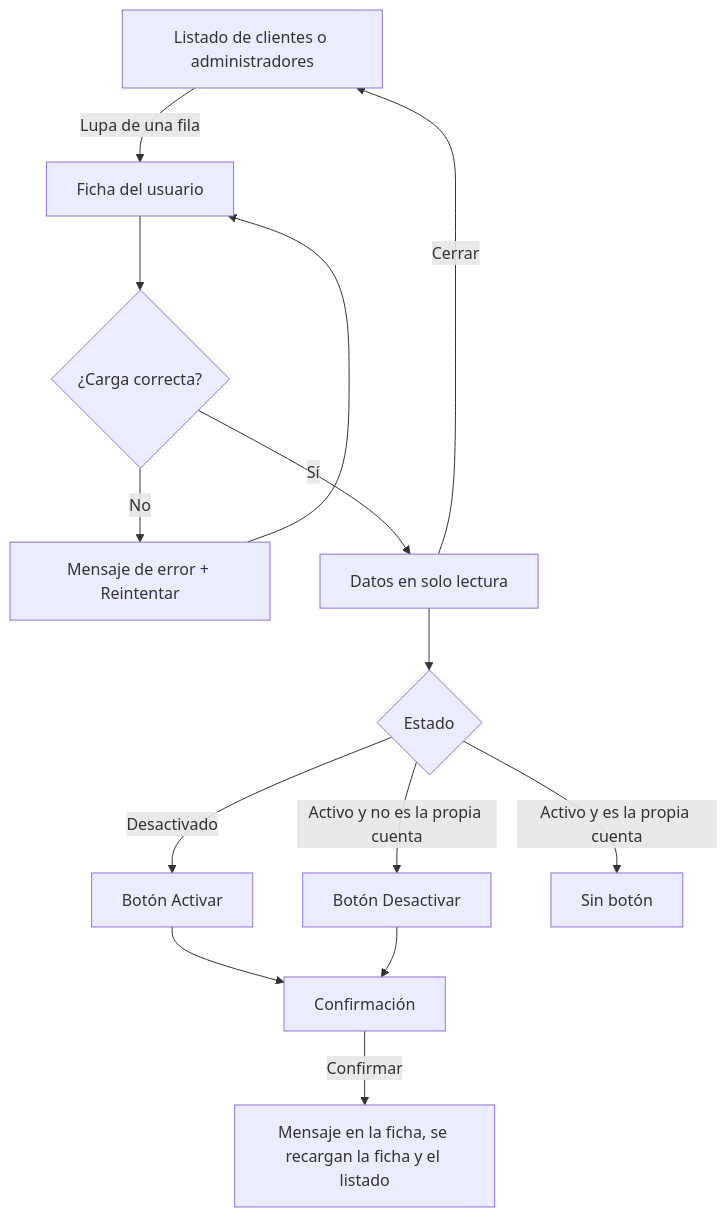
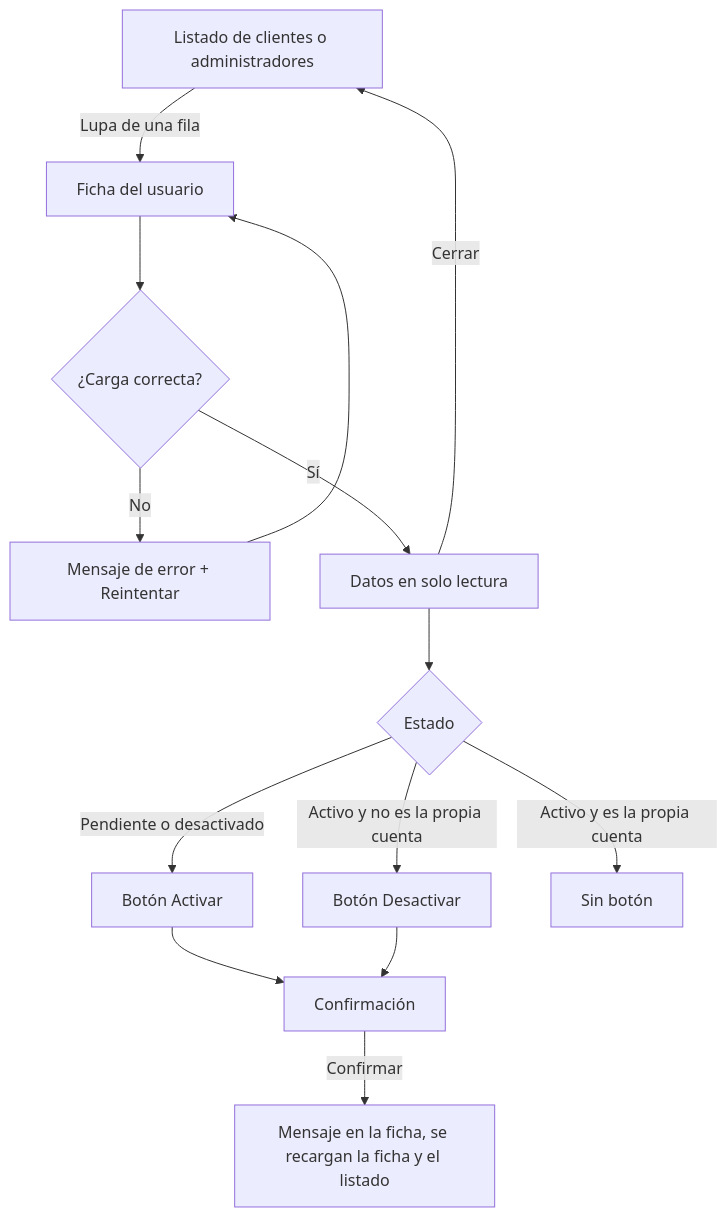
One commit to ESIBuy-2026-2027/ESIBuy-Mantenimiento changed the diagram in frontend/docs/hu20-ficha-usuario.md. Above: the diagram before and after it, drawn with Mermaid. The commit also changed other lines of this file and 4 other files, not shown here.

````diff
--- a/frontend/docs/hu20-ficha-usuario.md
+++ b/frontend/docs/hu20-ficha-usuario.md
@@ -55,16 +55,16 @@
 ```mermaid
 flowchart TD
     A[Listado de clientes o administradores] -- Lupa de una fila --> B[Ficha del usuario]
     B --> C{¿Carga correcta?}
     C -- No --> D[Mensaje de error + Reintentar]
     D --> B
     C -- Sí --> E[Datos en solo lectura]
     E --> F{Estado}
-    F -- Desactivado --> G[Botón Activar]
+    F -- Pendiente o desactivado --> G[Botón Activar]
     F -- Activo y no es la propia cuenta --> H[Botón Desactivar]
     F -- Activo y es la propia cuenta --> I[Sin botón]
     G --> J[Confirmación]
     H --> J
     J -- Confirmar --> K[Mensaje en la ficha, se recargan la ficha y el listado]
     E -- Cerrar --> A
 ```
````
